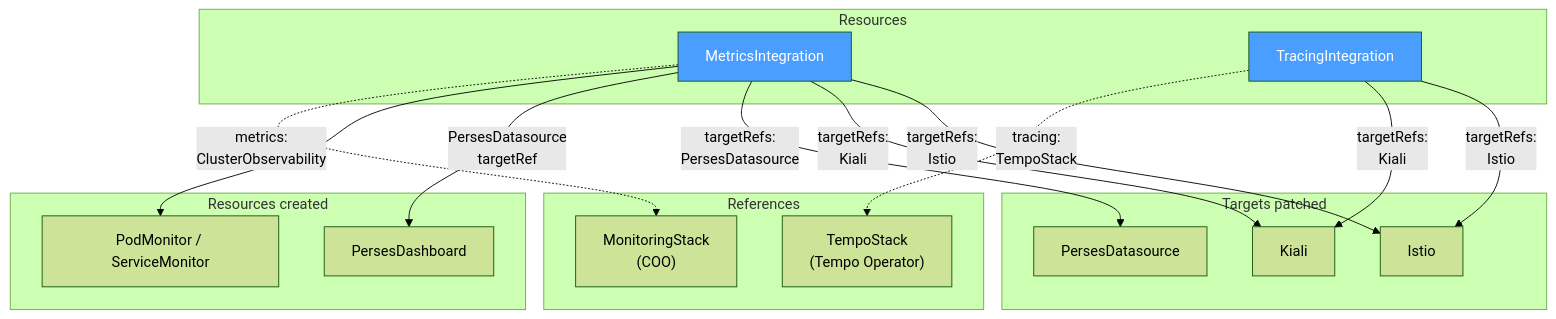
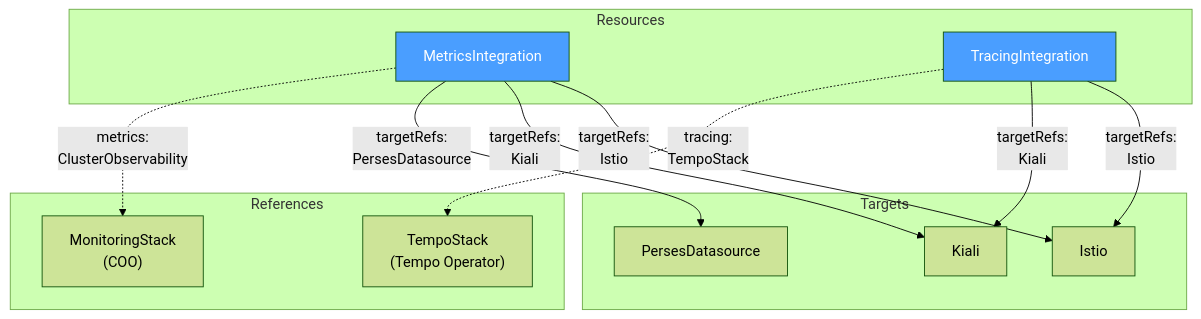
Before and after one commit to istio-ecosystem/sail-operator: the diagram in enhancements/SEP3-integrations.md, drawn with Mermaid (forest theme). The commit also changed other lines of this file, not shown here.

Commit message:
Remove PersesDashboards for now Signed-off-by: Josune Cordoba <jcordoba@redhat.com>

````diff
--- a/enhancements/SEP3-integrations.md
+++ b/enhancements/SEP3-integrations.md
@@ -558,37 +492,30 @@
 ```mermaid
 flowchart TD
     subgraph "Resources"
         MI["MetricsIntegration"]
         TI["TracingIntegration"]
     end
 
-    subgraph "Targets patched"
+    subgraph "Targets"
         Istio["Istio"]
         Kiali["Kiali"]
         PDS["PersesDatasource"]
-    end
-
-    subgraph "Resources created"
-        PD["PersesDashboard"]
-        Monitors["PodMonitor / ServiceMonitor"]
     end
 
     subgraph "References"
         MS["MonitoringStack\n(COO)"]
         TS["TempoStack\n(Tempo Operator)"]
     end
 
     MI -- "targetRefs:\nIstio" --> Istio
     MI -- "targetRefs:\nKiali" --> Kiali
     MI -- "targetRefs:\nPersesDatasource" --> PDS
-    MI -- "PersesDatasource\ntargetRef" --> PD
-    MI --> Monitors
     MI -. "metrics:\nClusterObservability" .-> MS
 
     TI -- "targetRefs:\nIstio" --> Istio
     TI -- "targetRefs:\nKiali" --> Kiali
     TI -. "tracing:\nTempoStack" .-> TS
 
     style MI fill:#4a9eff,color:#fff
     style TI fill:#4a9eff,color:#fff
 ```
````
